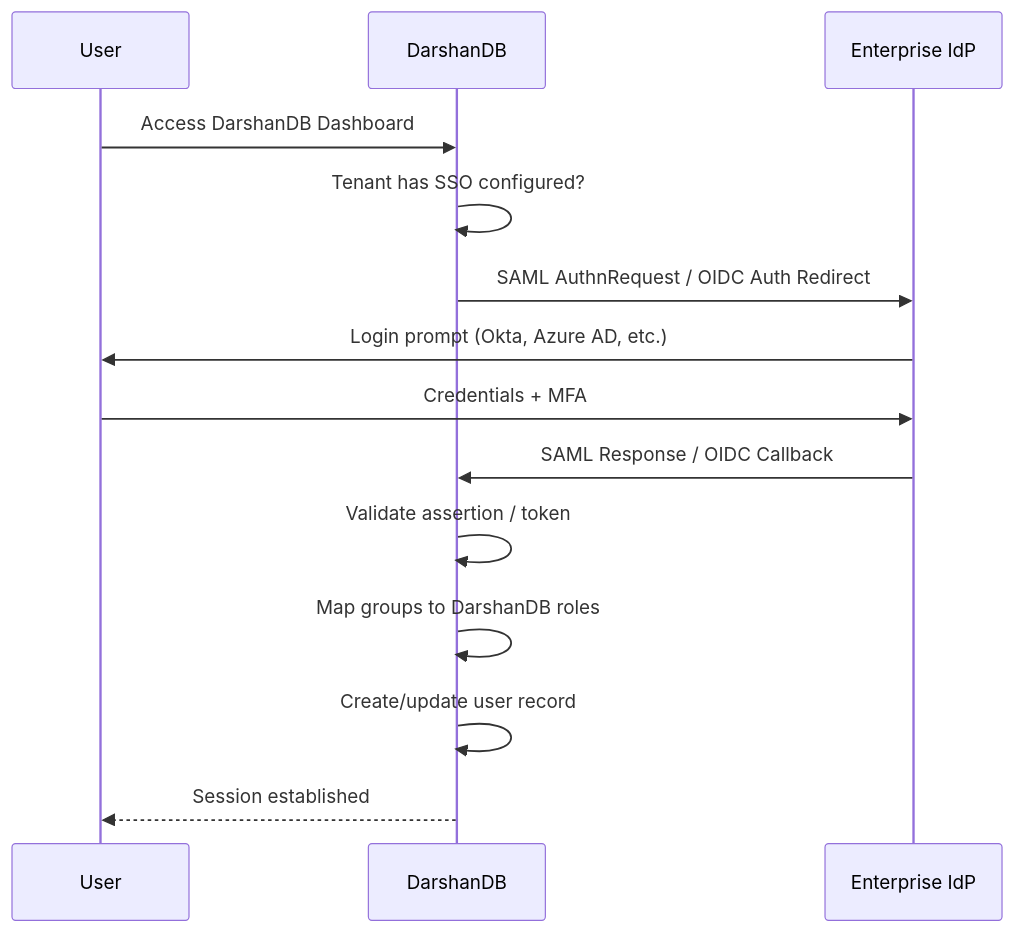
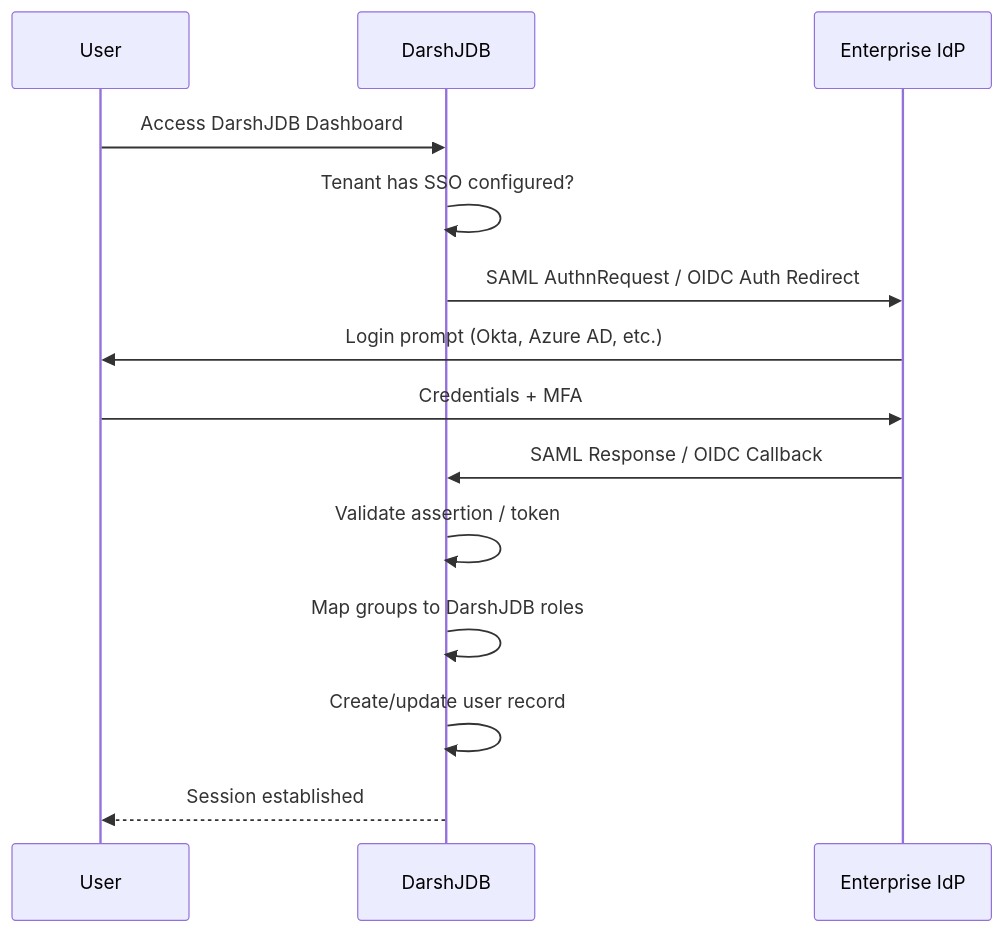
One commit to darshjme/darshjdb changed the fourth of 12 diagrams in docs/strategy/ENTERPRISE_STRATEGY.md. Above: the diagram before and after it, drawn with Mermaid. The commit also changed other lines of this file and 107 other files, not shown here.

First line of the commit message:
rebrand: DarshanDB → DarshJDB (DDB)

````diff
--- a/docs/strategy/ENTERPRISE_STRATEGY.md
+++ b/docs/strategy/ENTERPRISE_STRATEGY.md
@@ -322,17 +322,17 @@
 ```mermaid
 sequenceDiagram
     participant U as User
-    participant D as DarshanDB
+    participant D as DarshJDB
     participant IdP as Enterprise IdP
     
-    U->>D: Access DarshanDB Dashboard
+    U->>D: Access DarshJDB Dashboard
     D->>D: Tenant has SSO configured?
     D->>IdP: SAML AuthnRequest / OIDC Auth Redirect
     IdP->>U: Login prompt (Okta, Azure AD, etc.)
     U->>IdP: Credentials + MFA
     IdP->>D: SAML Response / OIDC Callback
     D->>D: Validate assertion / token
-    D->>D: Map groups to DarshanDB roles
+    D->>D: Map groups to DarshJDB roles
     D->>D: Create/update user record
     D-->>U: Session established
 ```
````
